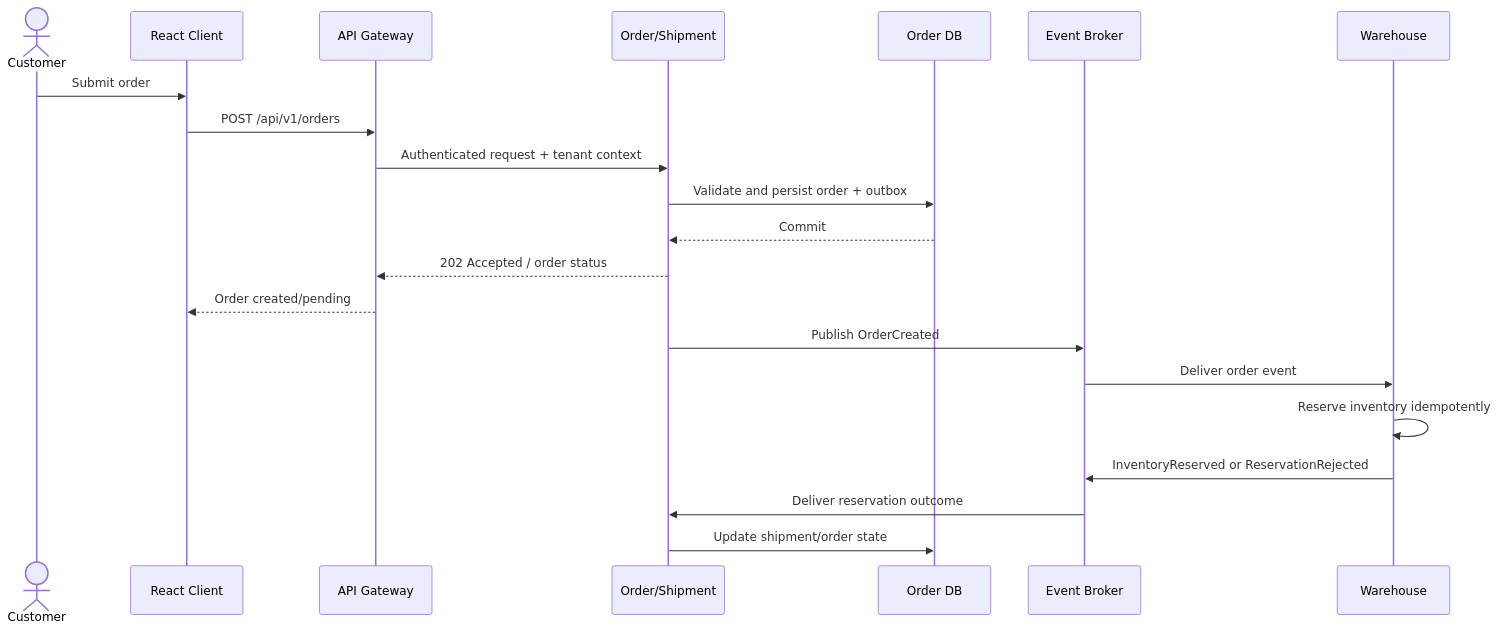
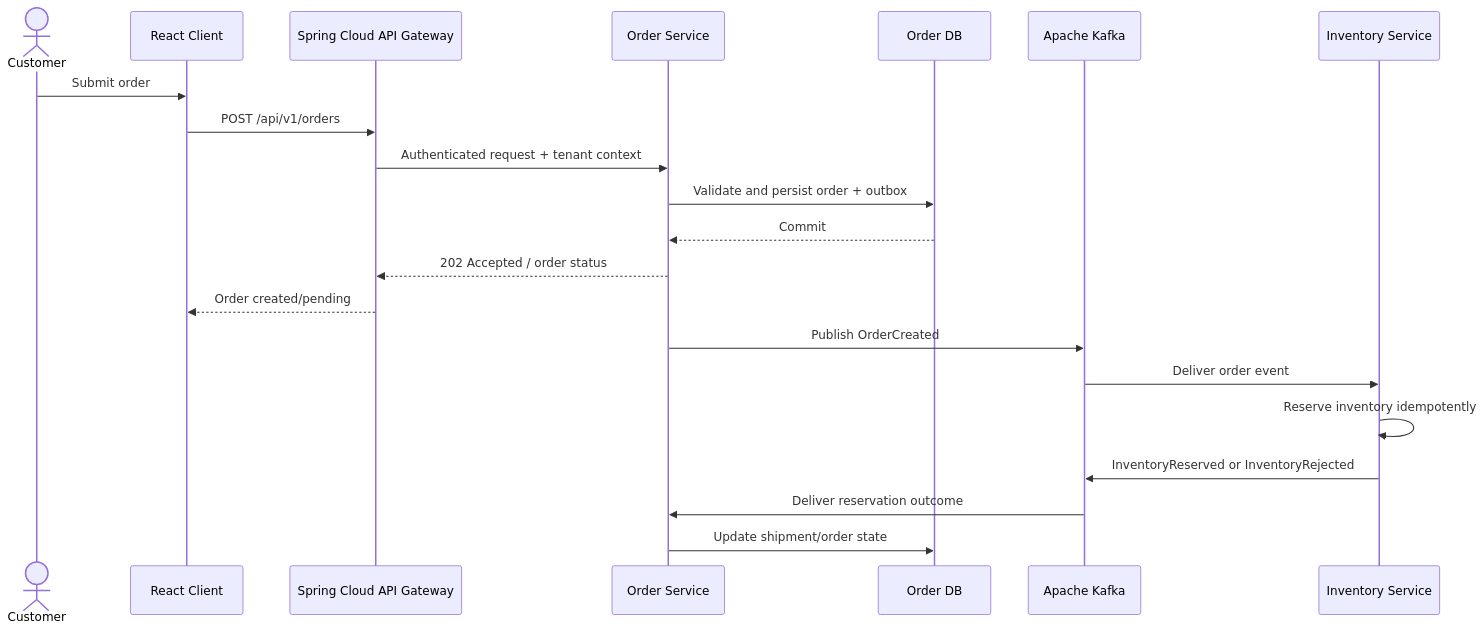
The first of 5 diagrams in docs/03-low-level-design/sequence.diagram.md (surajdavid/FleetPulse), drawn with Mermaid before and after one commit. The commit also changed other lines of this file and 16 other files, not shown here.

````diff
--- a/docs/03-low-level-design/sequence.diagram.md
+++ b/docs/03-low-level-design/sequence.diagram.md
@@ -8,23 +8,23 @@
 ```mermaid
 sequenceDiagram
   actor Customer
   participant UI as React Client
-  participant GW as API Gateway
-  participant OS as Order/Shipment
+  participant GW as Spring Cloud API Gateway
+  participant OS as Order Service
   participant DB as Order DB
-  participant Broker as Event Broker
-  participant WS as Warehouse
+  participant Broker as Apache Kafka
+  participant WS as Inventory Service
   Customer->>UI: Submit order
   UI->>GW: POST /api/v1/orders
   GW->>OS: Authenticated request + tenant context
   OS->>DB: Validate and persist order + outbox
   DB-->>OS: Commit
   OS-->>GW: 202 Accepted / order status
   GW-->>UI: Order created/pending
   OS->>Broker: Publish OrderCreated
   Broker->>WS: Deliver order event
   WS->>WS: Reserve inventory idempotently
-  WS->>Broker: InventoryReserved or ReservationRejected
+  WS->>Broker: InventoryReserved or InventoryRejected
   Broker->>OS: Deliver reservation outcome
   OS->>DB: Update shipment/order state
 ```
````
